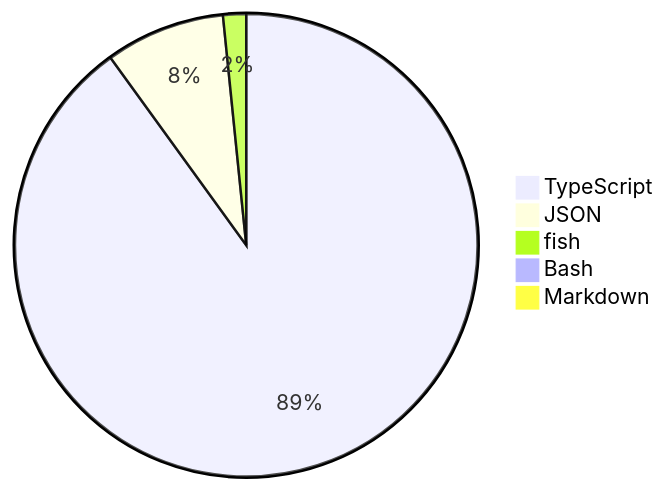
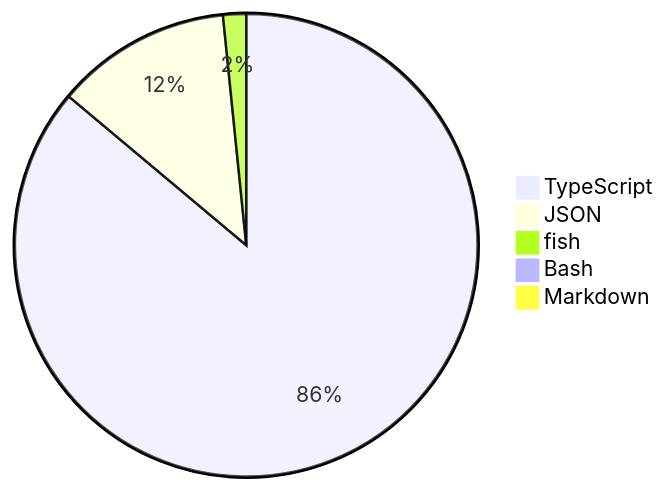
Before and after one commit to skvggor/skvggor: the diagram in README.md, drawn with Mermaid.

Commit message:
Updated waka-readme graph with new metrics

````diff
--- a/README.md
+++ b/README.md
@@ -28,8 +28,8 @@
 ```mermaid
 pie
-    "TypeScript" : 89.4
-    "JSON" : 8.3
+    "TypeScript" : 85.5
+    "JSON" : 12.2
     "fish" : 1.6
     "Bash" : 0.5
     "Markdown" : 0.2
 ```
````
